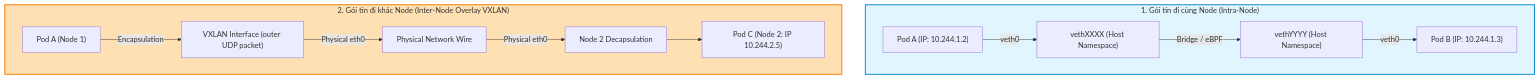
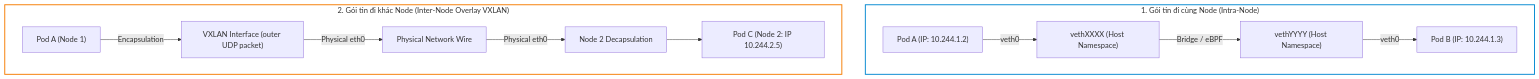
Before and after one commit to kiennt308/ntk: the first of 3 diagrams in _posts/2026-09-12-cka-21-21-mo-hinh-mang-va-cni.md, drawn with Mermaid. The commit also changed other lines of this file and 207 other files, not shown here.

Commit message:
feat(posts): batch standardize all 208 posts with TL;DR, qa-card accordion, fill:none mermaid, and liquid raw wrappers

````diff
--- a/_posts/2026-09-12-cka-21-21-mo-hinh-mang-va-cni.md
+++ b/_posts/2026-09-12-cka-21-21-mo-hinh-mang-va-cni.md
@@ -176,18 +180,18 @@
 ```mermaid
 graph TD
     subgraph Intra_Node ["1. Gói tin đi cùng Node (Intra-Node)"]
         POD_A["Pod A (IP: 10.244.1.2)"] -->|veth0| VETH_HOSTA["vethXXXX (Host Namespace)"]
         VETH_HOSTA -->|Bridge / eBPF| VETH_HOSTB["vethYYYY (Host Namespace)"]
         VETH_HOSTB -->|veth0| POD_B["Pod B (IP: 10.244.1.3)"]
     end
 
     subgraph Inter_Node ["2. Gói tin đi khác Node (Inter-Node Overlay VXLAN)"]
         POD_A2["Pod A (Node 1)"] -->|Encapsulation| TUNNEL["VXLAN Interface (outer UDP packet)"]
         TUNNEL -->|Physical eth0| ETH_WIRE["Physical Network Wire"]
         ETH_WIRE -->|Physical eth0| TUNNEL2["Node 2 Decapsulation"]
         TUNNEL2 --> POD_C["Pod C (Node 2: IP 10.244.2.5)"]
     end
 
-    style Intra_Node fill:#e1f5fe,stroke:#0288d1,stroke-width:2px
-    style Inter_Node fill:#ffe0b2,stroke:#f57c00,stroke-width:2px
+    style Intra_Node fill:none,stroke:#0288d1,stroke-width:2px
+    style Inter_Node fill:none,stroke:#f57c00,stroke-width:2px
 ```
````
